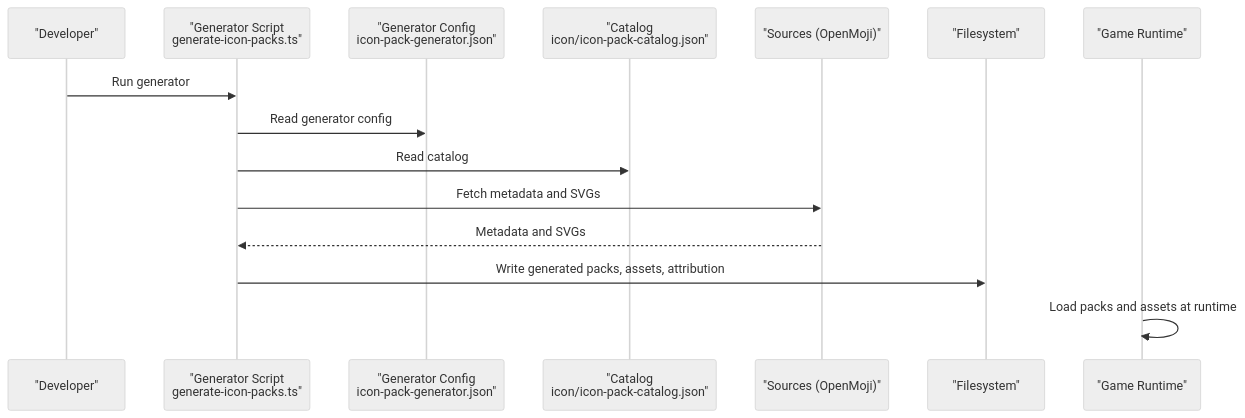
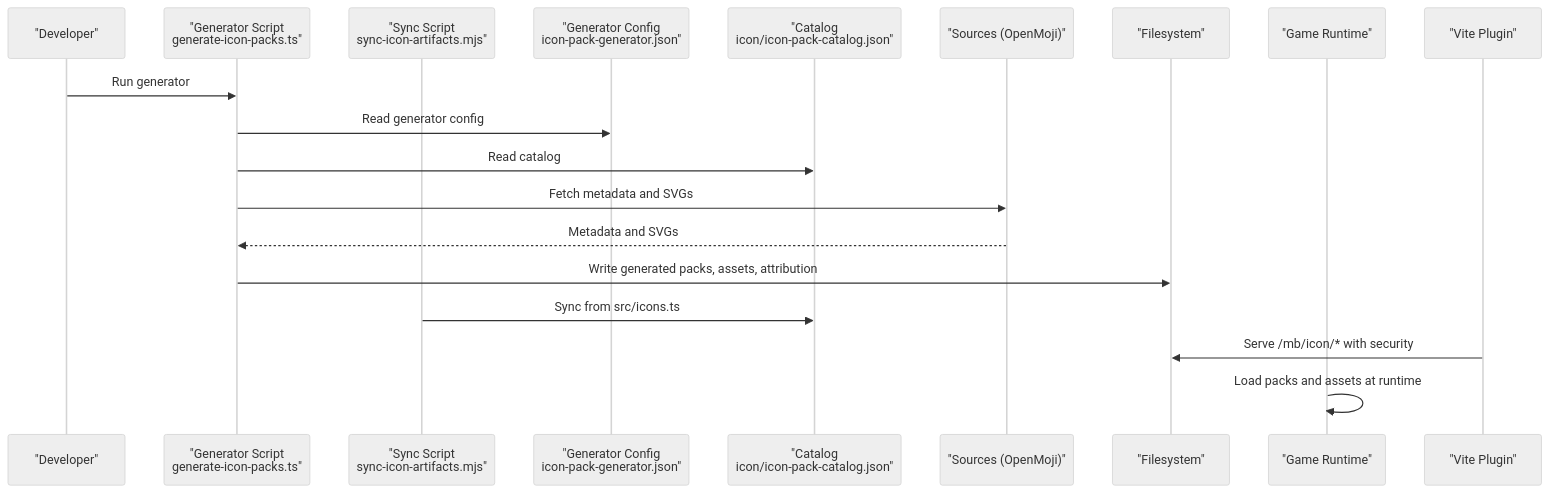
Before and after one commit to satyrlord/mb: the second of 9 diagrams in .qoder/repowiki/en/content/Architecture Overview/Asset Management Architecture.md, drawn with Mermaid (neutral theme). The commit also changed other lines of this file and 26 other files, not shown here.

````diff
--- a/.qoder/repowiki/en/content/Architecture Overview/Asset Management Architecture.md
+++ b/.qoder/repowiki/en/content/Architecture Overview/Asset Management Architecture.md
@@ -133,17 +157,21 @@
 ```mermaid
 sequenceDiagram
 participant Dev as "Developer"
 participant Tool as "Generator Script<br/>generate-icon-packs.ts"
+participant Sync as "Sync Script<br/>sync-icon-artifacts.mjs"
 participant Cfg as "Generator Config<br/>icon-pack-generator.json"
 participant Cat as "Catalog<br/>icon/icon-pack-catalog.json"
 participant Src as "Sources (OpenMoji)"
 participant FS as "Filesystem"
 participant App as "Game Runtime"
+participant Vite as "Vite Plugin"
 Dev->>Tool : Run generator
 Tool->>Cfg : Read generator config
 Tool->>Cat : Read catalog
 Tool->>Src : Fetch metadata and SVGs
 Src-->>Tool : Metadata and SVGs
 Tool->>FS : Write generated packs, assets, attribution
+Sync->>Cat : Sync from src/icons.ts
+Vite->>FS : Serve /mb/icon/* with security
 App->>App : Load packs and assets at runtime
 ```
````
